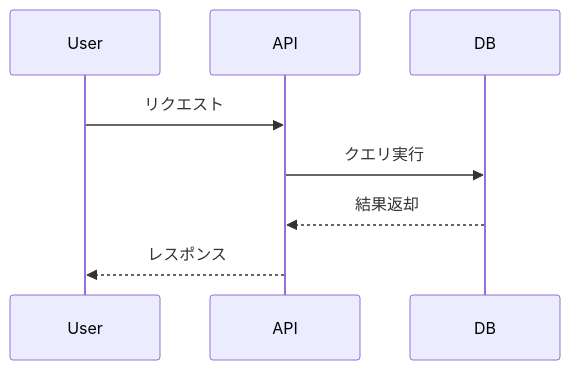
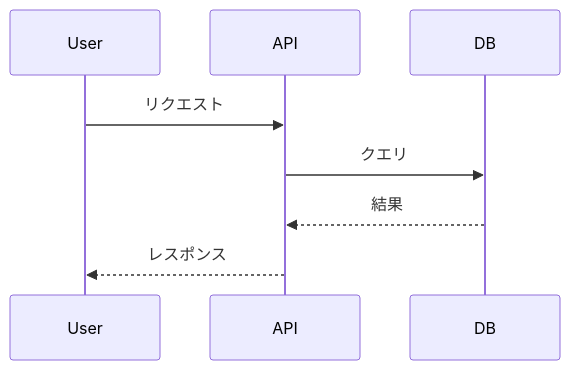
Before and after one commit to takemi-ohama/ai-plugins: the second of 4 diagrams in plugins/ndf/skills/markdown-writing/SKILL.md, drawn with Mermaid. The commit also changed other lines of this file, not shown here.

````diff
--- a/plugins/ndf/skills/markdown-writing/SKILL.md
+++ b/plugins/ndf/skills/markdown-writing/SKILL.md
@@ -65,11 +37,7 @@
 ```mermaid
 sequenceDiagram
-    participant User
-    participant API
-    participant DB
-
     User->>API: リクエスト
-    API->>DB: クエリ実行
-    DB-->>API: 結果返却
+    API->>DB: クエリ
+    DB-->>API: 結果
     API-->>User: レスポンス
 ```
````
